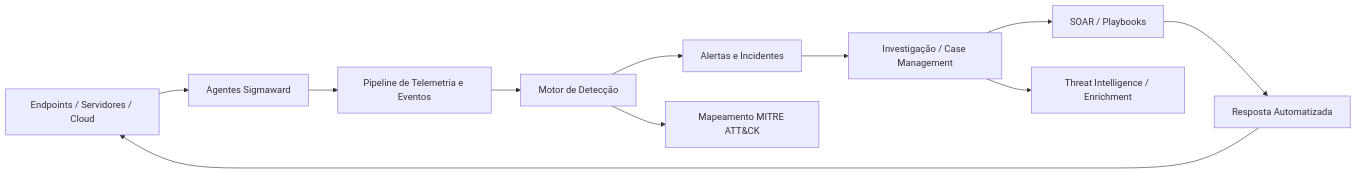
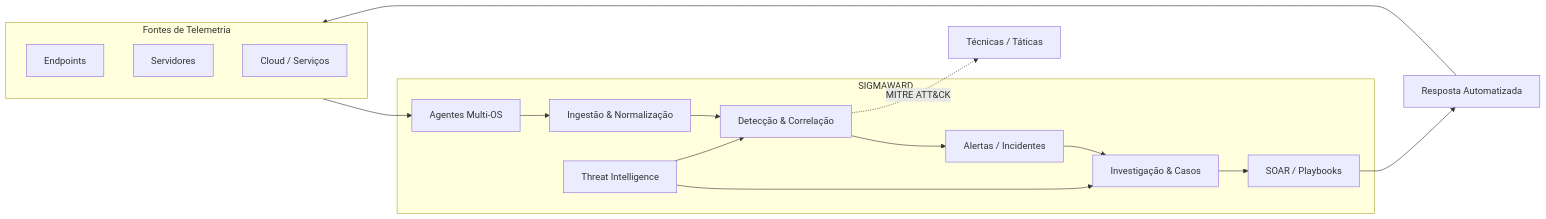
Before and after one commit to wagnerbocchi/wagnerbocchi: the diagram in README-PT.md, drawn with Mermaid. The commit also changed other lines of this file, not shown here.

````diff
--- a/README-PT.md
+++ b/README-PT.md
@@ -47,14 +47,26 @@
 ```mermaid
 flowchart LR
-    A[Endpoints / Servidores / Cloud] --> B[Agentes Sigmaward]
-    B --> C[Pipeline de Telemetria e Eventos]
-    C --> D[Motor de Detecção]
-    D --> E[Alertas e Incidentes]
-    E --> F[Investigação / Case Management]
-    F --> G[SOAR / Playbooks]
-    G --> H[Resposta Automatizada]
-    H --> A
+    subgraph Sources[Fontes de Telemetria]
+        E[Endpoints]
+        S[Servidores]
+        C[Cloud / Serviços]
+    end
 
-    D --> I[Mapeamento MITRE ATT&CK]
-    F --> J[Threat Intelligence / Enrichment]
+    subgraph Sigmaward[SIGMAWARD]
+        AG[Agentes Multi-OS]
+        IN[Ingestão & Normalização]
+        DE[Detecção & Correlação]
+        IR[Alertas / Incidentes]
+        CM[Investigação & Casos]
+        SO[SOAR / Playbooks]
+        TI[Threat Intelligence]
+    end
+
+    Sources --> AG --> IN --> DE --> IR --> CM --> SO
+    TI --> CM
+    TI --> DE
+    SO --> R[Resposta Automatizada]
+    R --> Sources
+
+    DE -. MITRE ATT&CK .-> M[Técnicas / Táticas]
 ```
````
